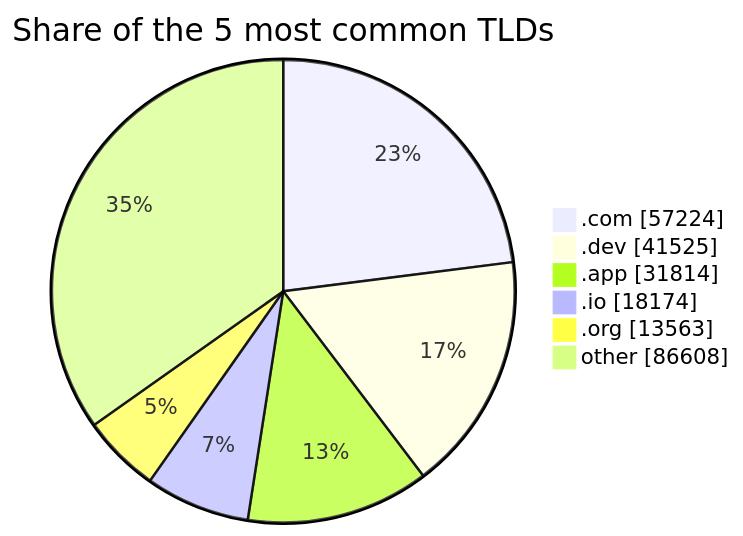
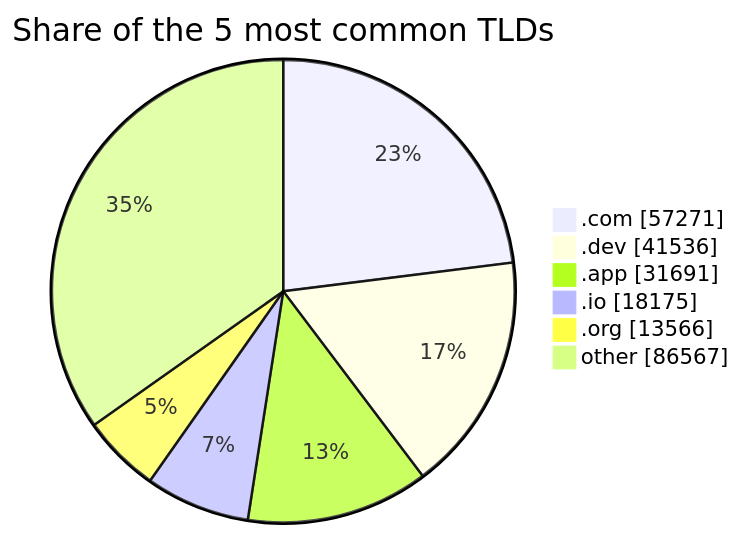
The second of 2 diagrams in README.md (DNSBunker/CTI), drawn with Mermaid before and after one commit. The commit also changed other lines of this file and 3 other files, not shown here.

````diff
--- a/README.md
+++ b/README.md
@@ -72,9 +72,9 @@
 ```mermaid
 pie showData title Share of the 5 most common TLDs
-    ".com" : 57224
-    ".dev" : 41525
-    ".app" : 31814
-    ".io" : 18174
-    ".org" : 13563
-    "other" : 86608
+    ".com" : 57271
+    ".dev" : 41536
+    ".app" : 31691
+    ".io" : 18175
+    ".org" : 13566
+    "other" : 86567
 ```
````
